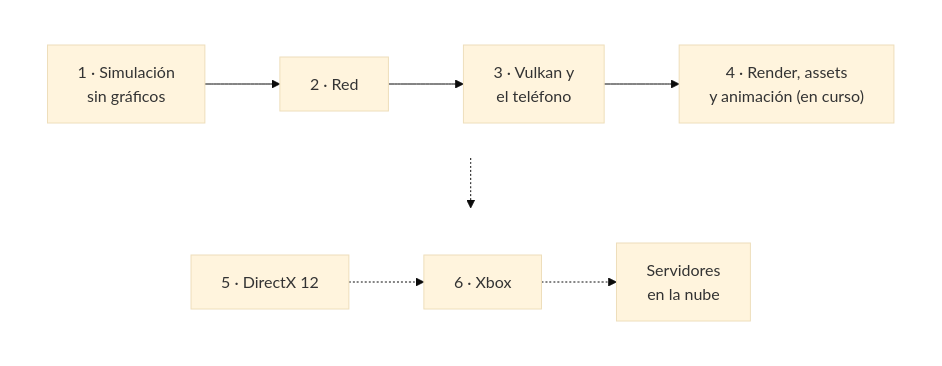
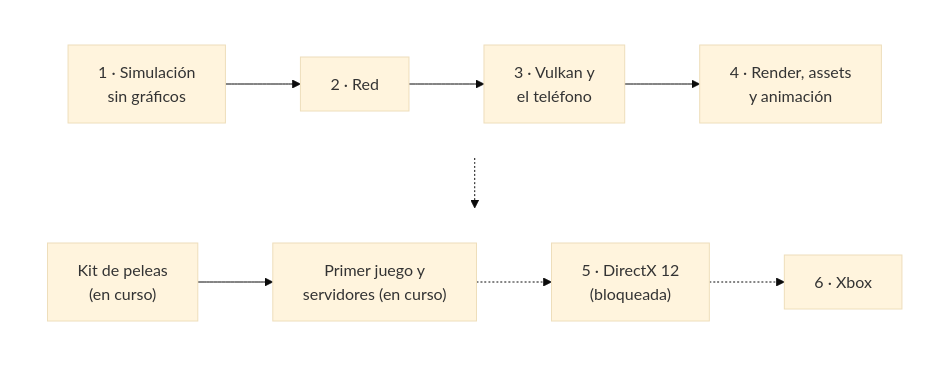
Before and after one commit to PsyBrainy/data: the third of 7 diagrams in landing/projects/psyengine.md, drawn with Mermaid (base theme). The commit also changed other lines of this file and 3 other files, not shown here.

````diff
--- a/landing/projects/psyengine.md
+++ b/landing/projects/psyengine.md
@@ -65,14 +69,14 @@
 ```mermaid
 flowchart TB
     subgraph r1[" "]
         direction LR
-        e1["1 · Simulación<br/>sin gráficos"] --> e2["2 · Red"] --> e3["3 · Vulkan y<br/>el teléfono"] --> e4["4 · Render, assets<br/>y animación (en curso)"]
+        e1["1 · Simulación<br/>sin gráficos"] --> e2["2 · Red"] --> e3["3 · Vulkan y<br/>el teléfono"] --> e4["4 · Render, assets<br/>y animación"]
     end
     subgraph r2[" "]
         direction LR
-        e5["5 · DirectX 12"] -.-> e6["6 · Xbox"] -.-> e7["Servidores<br/>en la nube"]
+        p["Kit de peleas<br/>(en curso)"] --> j["Primer juego y<br/>servidores (en curso)"] -.-> e5["5 · DirectX 12<br/>(bloqueada)"] -.-> e6["6 · Xbox"]
     end
     r1 -.-> r2
     style r1 fill:none,stroke:none
     style r2 fill:none,stroke:none
 ```
````
